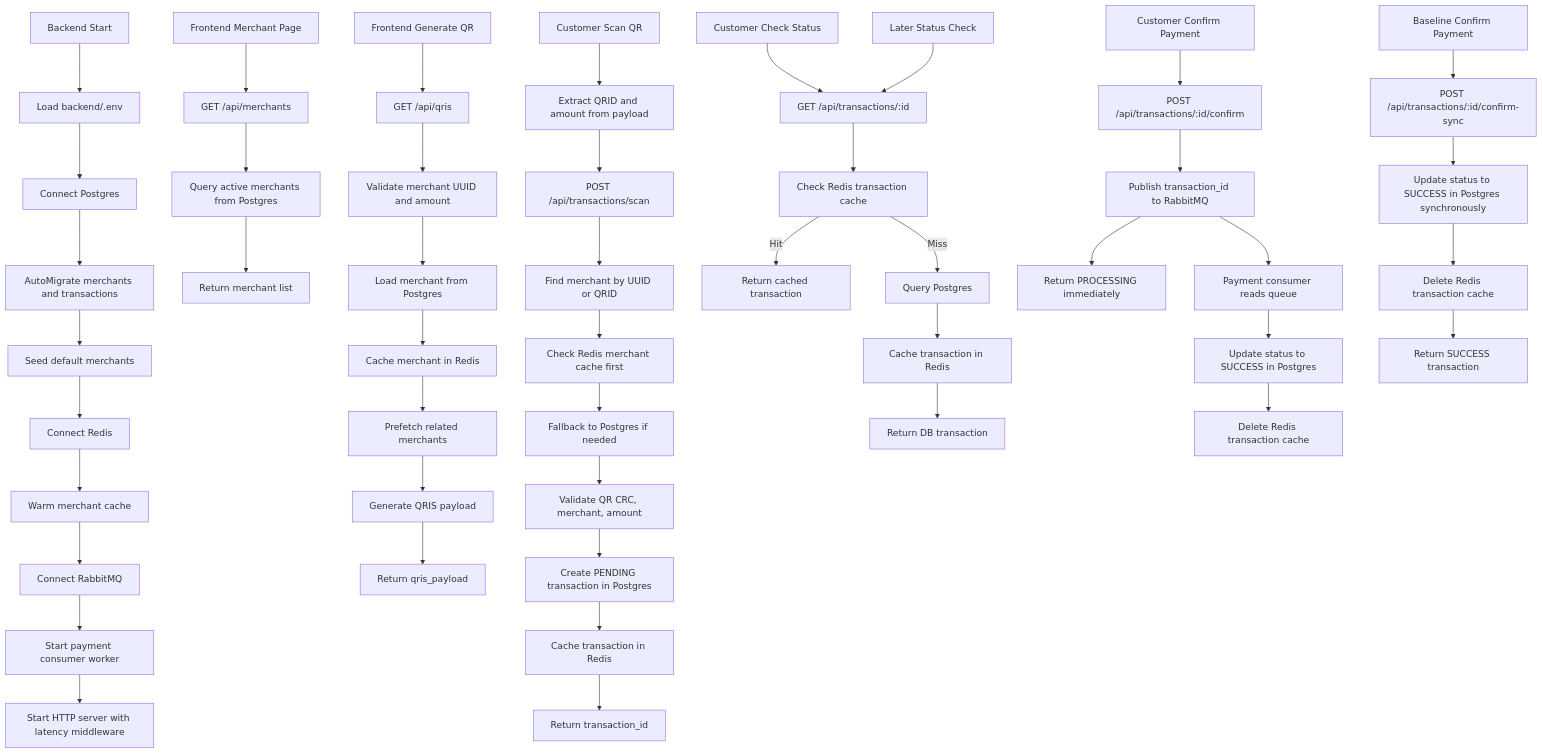
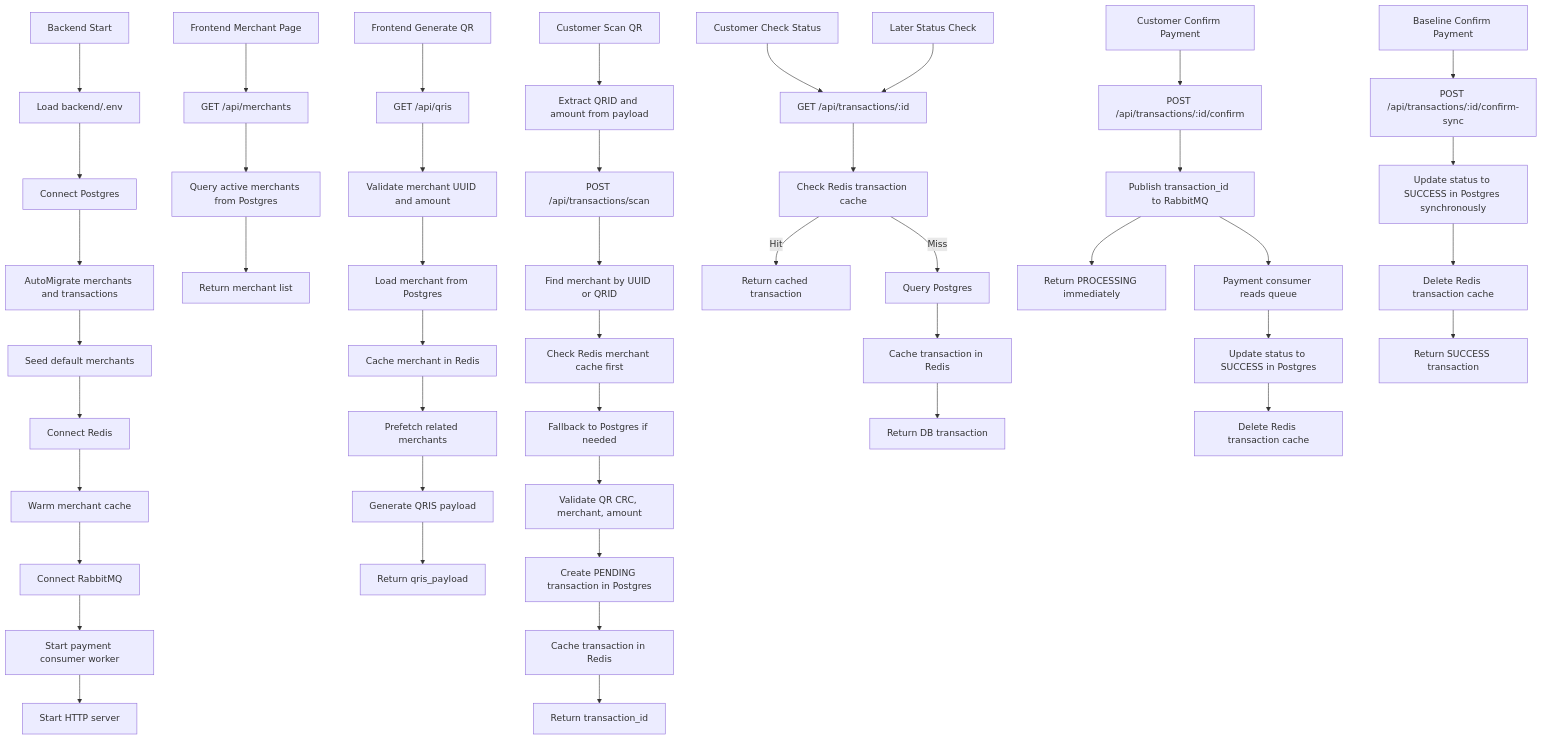
One commit to lidwinae/qris-latency-optimizer changed the diagram in report-purpose/flow-mermaid.md. Above: the diagram before and after it, drawn with Mermaid. The commit also changed other lines of this file and 25 other files, not shown here.

````diff
--- a/report-purpose/flow-mermaid.md
+++ b/report-purpose/flow-mermaid.md
@@ -3,55 +3,55 @@
 ```mermaid
 flowchart TD
     A[Backend Start] --> B[Load backend/.env]
     B --> C[Connect Postgres]
     C --> D[AutoMigrate merchants and transactions]
     D --> E[Seed default merchants]
     E --> F[Connect Redis]
     F --> G[Warm merchant cache]
     G --> G1[Connect RabbitMQ]
     G1 --> G2[Start payment consumer worker]
-    G2 --> G3[Start HTTP server with latency middleware]
+    G2 --> G3[Start HTTP server]
 
     H[Frontend Merchant Page] --> I[GET /api/merchants]
     I --> J[Query active merchants from Postgres]
     J --> K[Return merchant list]
 
     L[Frontend Generate QR] --> M[GET /api/qris]
     M --> N[Validate merchant UUID and amount]
     N --> O[Load merchant from Postgres]
     O --> P[Cache merchant in Redis]
     P --> Q[Prefetch related merchants]
     Q --> R[Generate QRIS payload]
     R --> S[Return qris_payload]
 
     T[Customer Scan QR] --> U[Extract QRID and amount from payload]
     U --> V[POST /api/transactions/scan]
     V --> W[Find merchant by UUID or QRID]
     W --> X[Check Redis merchant cache first]
     X --> Y[Fallback to Postgres if needed]
     Y --> Z[Validate QR CRC, merchant, amount]
     Z --> AA[Create PENDING transaction in Postgres]
     AA --> AB[Cache transaction in Redis]
     AB --> AC[Return transaction_id]
 
     AD[Customer Check Status] --> AE[GET /api/transactions/:id]
     AE --> AF[Check Redis transaction cache]
     AF -->|Hit| AG[Return cached transaction]
     AF -->|Miss| AH[Query Postgres]
     AH --> AI[Cache transaction in Redis]
     AI --> AJ[Return DB transaction]
 
     AK[Customer Confirm Payment] --> AL[POST /api/transactions/:id/confirm]
     AL --> AM[Publish transaction_id to RabbitMQ]
     AM --> AN[Return PROCESSING immediately]
     AM --> AO[Payment consumer reads queue]
     AO --> AP[Update status to SUCCESS in Postgres]
     AP --> AQ[Delete Redis transaction cache]
 
     AR[Baseline Confirm Payment] --> AS[POST /api/transactions/:id/confirm-sync]
     AS --> AT[Update status to SUCCESS in Postgres synchronously]
     AT --> AU[Delete Redis transaction cache]
     AU --> AV[Return SUCCESS transaction]
 
     AW[Later Status Check] --> AE
 ```
````
